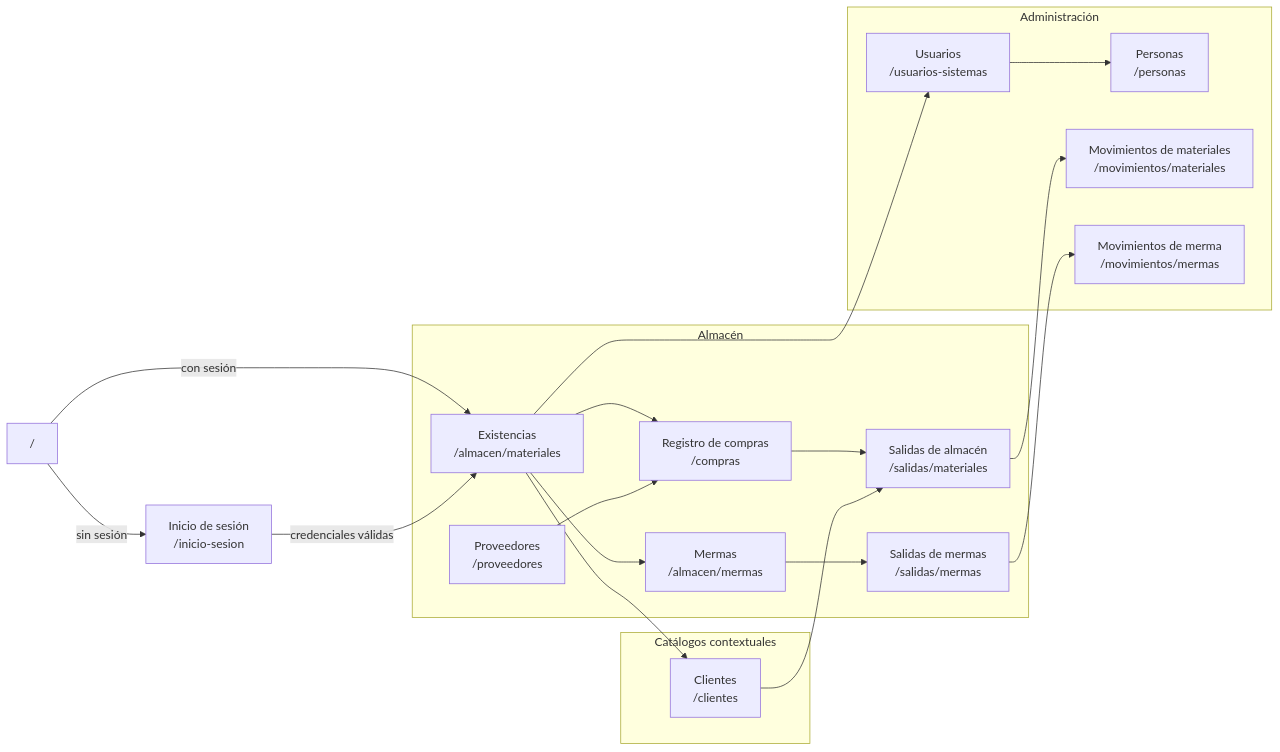
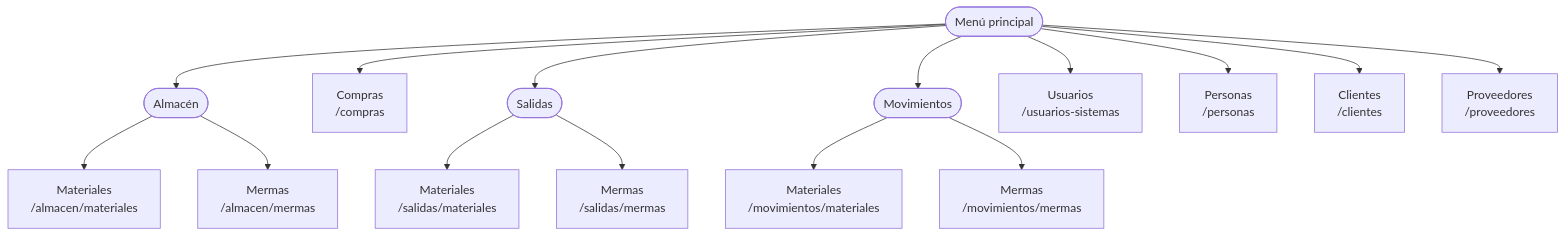
The eighth of 9 diagrams in docs/architecture-and-web-views.md (gpgsistemas01/nexus), drawn with Mermaid before and after one commit. The commit also changed other lines of this file and 3 other files, not shown here.

````diff
--- a/docs/architecture-and-web-views.md
+++ b/docs/architecture-and-web-views.md
@@ -188,38 +311,23 @@
 ```mermaid
-flowchart LR
-    root["/ "] -->|"sin sesión"| login["Inicio de sesión<br/>/inicio-sesion"]
-    root -->|"con sesión"| materials["Existencias<br/>/almacen/materiales"]
-    login -->|"credenciales válidas"| materials
+flowchart TB
+    menu(["Menú principal"])
 
-    subgraph warehouse["Almacén"]
-        materials
-        wastes["Mermas<br/>/almacen/mermas"]
-        purchases["Registro de compras<br/>/compras"]
-        goodsIssues["Salidas de almacén<br/>/salidas/materiales"]
-        wasteIssues["Salidas de mermas<br/>/salidas/mermas"]
-        suppliers["Proveedores<br/>/proveedores"]
-    end
+    menu --> warehouse(["Almacén"])
+    warehouse --> materials["Materiales<br/>/almacen/materiales"]
+    warehouse --> wastes["Mermas<br/>/almacen/mermas"]
 
-    subgraph contextual["Catálogos contextuales"]
-        clients["Clientes<br/>/clientes"]
-    end
+    menu --> purchases["Compras<br/>/compras"]
 
-    subgraph admin["Administración"]
-        users["Usuarios<br/>/usuarios-sistemas"]
-        persons["Personas<br/>/personas"]
-        materialMovements["Movimientos de materiales<br/>/movimientos/materiales"]
-        wasteMovements["Movimientos de merma<br/>/movimientos/mermas"]
-    end
+    menu --> issues(["Salidas"])
+    issues --> goodsIssues["Materiales<br/>/salidas/materiales"]
+    issues --> wasteIssues["Mermas<br/>/salidas/mermas"]
 
-    materials --> wastes
-    materials --> purchases
-    purchases --> goodsIssues
-    goodsIssues --> materialMovements
-    wastes --> wasteIssues
-    wasteIssues --> wasteMovements
-    suppliers --> purchases
-    clients --> goodsIssues
-    materials --> clients
-    materials --> users
-    users --> persons
+    menu --> movements(["Movimientos"])
+    movements --> materialMovements["Materiales<br/>/movimientos/materiales"]
+    movements --> wasteMovements["Mermas<br/>/movimientos/mermas"]
+
+    menu --> users["Usuarios<br/>/usuarios-sistemas"]
+    menu --> persons["Personas<br/>/personas"]
+    menu --> clients["Clientes<br/>/clientes"]
+    menu --> suppliers["Proveedores<br/>/proveedores"]
 ```
````
